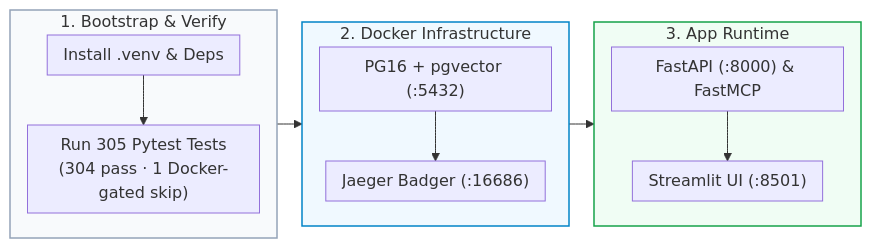
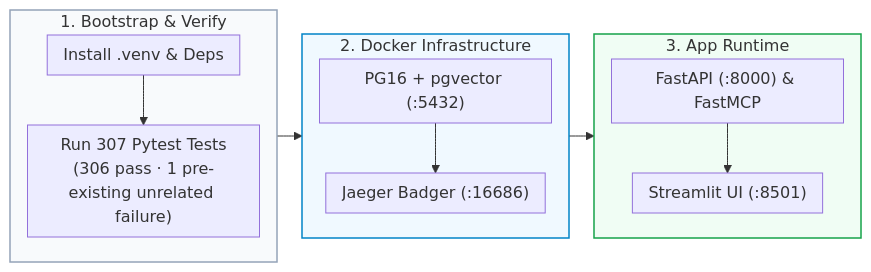
The third of 9 diagrams in README.md (Kenono2000/enterprise-rag-pgvector-rbac), drawn with Mermaid before and after one commit. The commit also changed other lines of this file and 1 other file, not shown here.

````diff
--- a/README.md
+++ b/README.md
@@ -89,20 +89,20 @@
 ```mermaid
 %%{init: {'flowchart': {'nodeSpacing': 15, 'rankSpacing': 25, 'padding': 8}}}%%
 flowchart LR
     subgraph DevBootstrap ["1. Bootstrap & Verify"]
         direction TB
-        Venv["Install .venv & Deps"] --> Pytest["Run 305 Pytest Tests<br/>(304 pass · 1 Docker-gated skip)"]
+        Venv["Install .venv & Deps"] --> Pytest["Run 307 Pytest Tests<br/>(306 pass · 1 pre-existing unrelated failure)"]
     end
     subgraph Containers ["2. Docker Infrastructure"]
         direction TB
         PG16["PG16 + pgvector (:5432)"] --> Jaeger["Jaeger Badger (:16686)"]
     end
     subgraph Services ["3. App Runtime"]
         direction TB
         FastAPI["FastAPI (:8000) & FastMCP"] --> Streamlit["Streamlit UI (:8501)"]
     end
     DevBootstrap --> Containers --> Services
     style DevBootstrap fill:#f8fafc,stroke:#94a3b8,stroke-width:1.5px
     style Containers fill:#f0f9ff,stroke:#0284c7,stroke-width:1.5px
     style Services fill:#f0fdf4,stroke:#16a34a,stroke-width:1.5px
 ```
````
